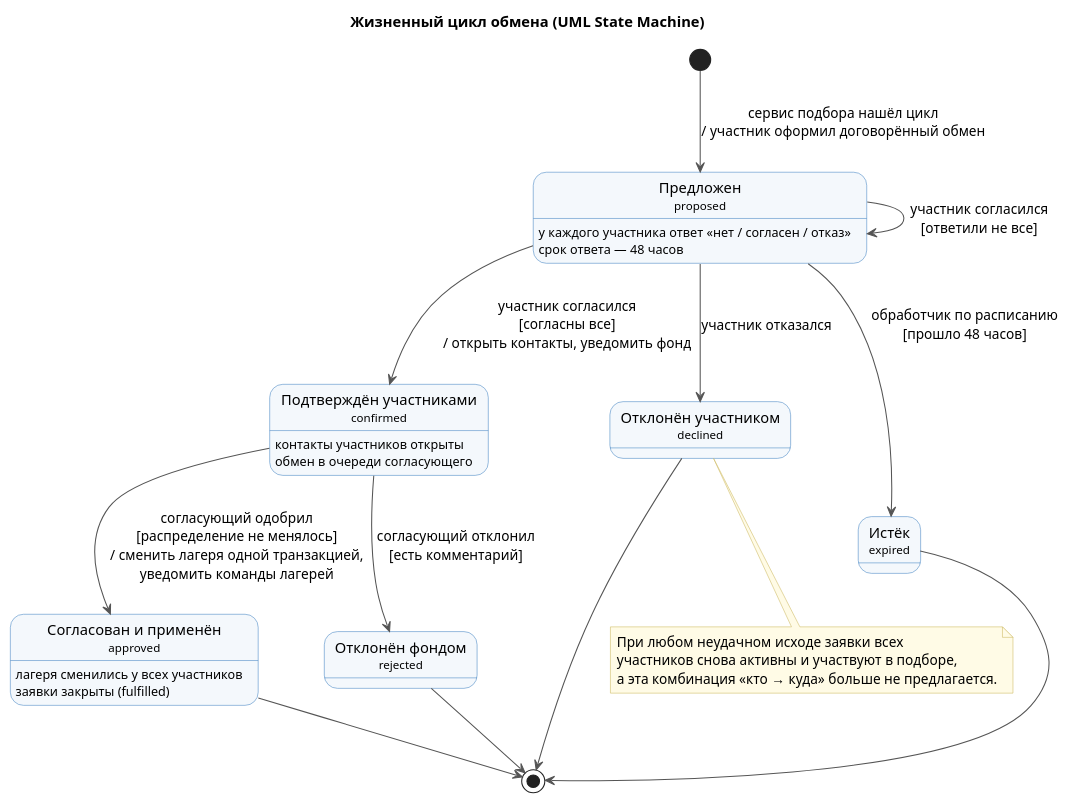
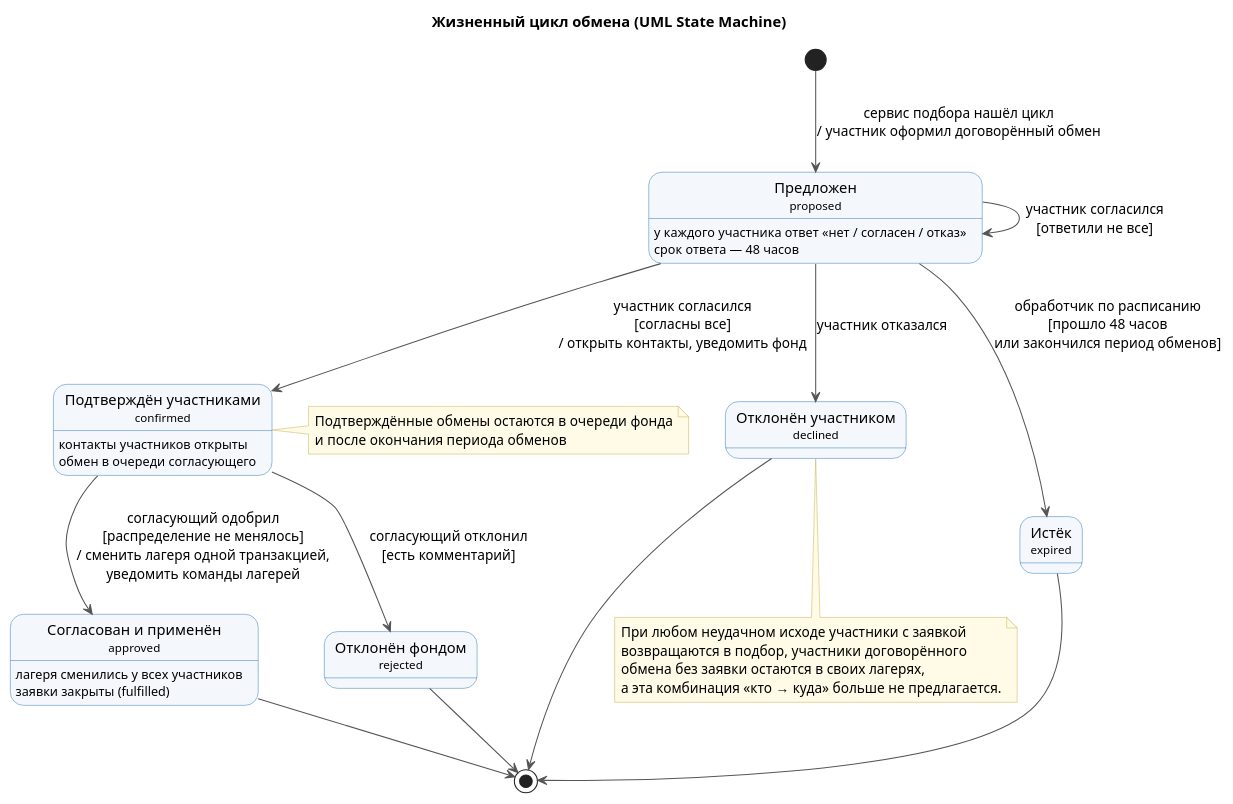
One commit to MatiarRKh/camp-exchange-api changed the diagram in docs/diagrams/swap-states.puml. Above: the diagram before and after it, drawn with PlantUML. The commit also changed 10 other files, not shown here.

```diff
--- a/docs/diagrams/swap-states.puml
+++ b/docs/diagrams/swap-states.puml
@@ -1,49 +1,55 @@
 @startuml swap-states
 title Жизненный цикл обмена (UML State Machine)
 skinparam defaultFontName "Segoe UI"
 skinparam shadowing false
 skinparam state {
   BackgroundColor #F4F8FC
   BorderColor #3C7FC0
   ArrowColor #555555
 }
 skinparam note {
   BackgroundColor #FFFBE6
   BorderColor #C9B458
 }
 
 state "Предложен\n<size:11>proposed</size>" as proposed
 proposed : у каждого участника ответ «нет / согласен / отказ»
 proposed : срок ответа — 48 часов
 
 state "Подтверждён участниками\n<size:11>confirmed</size>" as confirmed
 confirmed : контакты участников открыты
 confirmed : обмен в очереди согласующего
 
 state "Согласован и применён\n<size:11>approved</size>" as approved
 approved : лагеря сменились у всех участников
 approved : заявки закрыты (fulfilled)
 
 state "Отклонён участником\n<size:11>declined</size>" as declined
 state "Истёк\n<size:11>expired</size>" as expired
 state "Отклонён фондом\n<size:11>rejected</size>" as rejected
 
 [*] --> proposed : сервис подбора нашёл цикл\n/ участник оформил договорённый обмен
 proposed --> proposed : участник согласился\n[ответили не все]
 proposed --> confirmed : участник согласился\n[согласны все]\n/ открыть контакты, уведомить фонд
 proposed --> declined : участник отказался
-proposed --> expired : обработчик по расписанию\n[прошло 48 часов]
+proposed --> expired : обработчик по расписанию\n[прошло 48 часов\nили закончился период обменов]
 confirmed --> approved : согласующий одобрил\n[распределение не менялось]\n/ сменить лагеря одной транзакцией,\nуведомить команды лагерей
 confirmed --> rejected : согласующий отклонил\n[есть комментарий]
 
 approved --> [*]
 declined --> [*]
 expired --> [*]
 rejected --> [*]
 
 note bottom of declined
-  При любом неудачном исходе заявки всех
-  участников снова активны и участвуют в подборе,
+  При любом неудачном исходе участники с заявкой
+  возвращаются в подбор, участники договорённого
+  обмена без заявки остаются в своих лагерях,
   а эта комбинация «кто → куда» больше не предлагается.
 end note
+
+note right of confirmed
+  Подтверждённые обмены остаются в очереди фонда
+  и после окончания периода обменов
+end note
 @enduml
```
